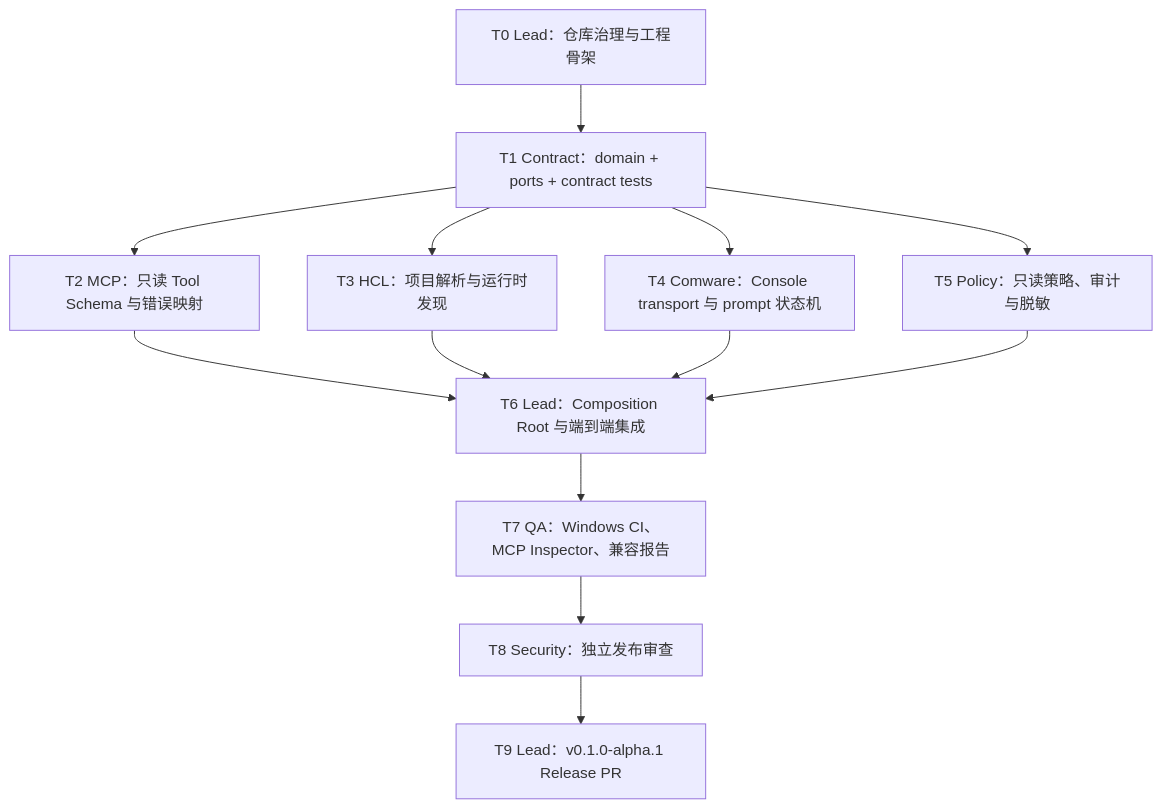
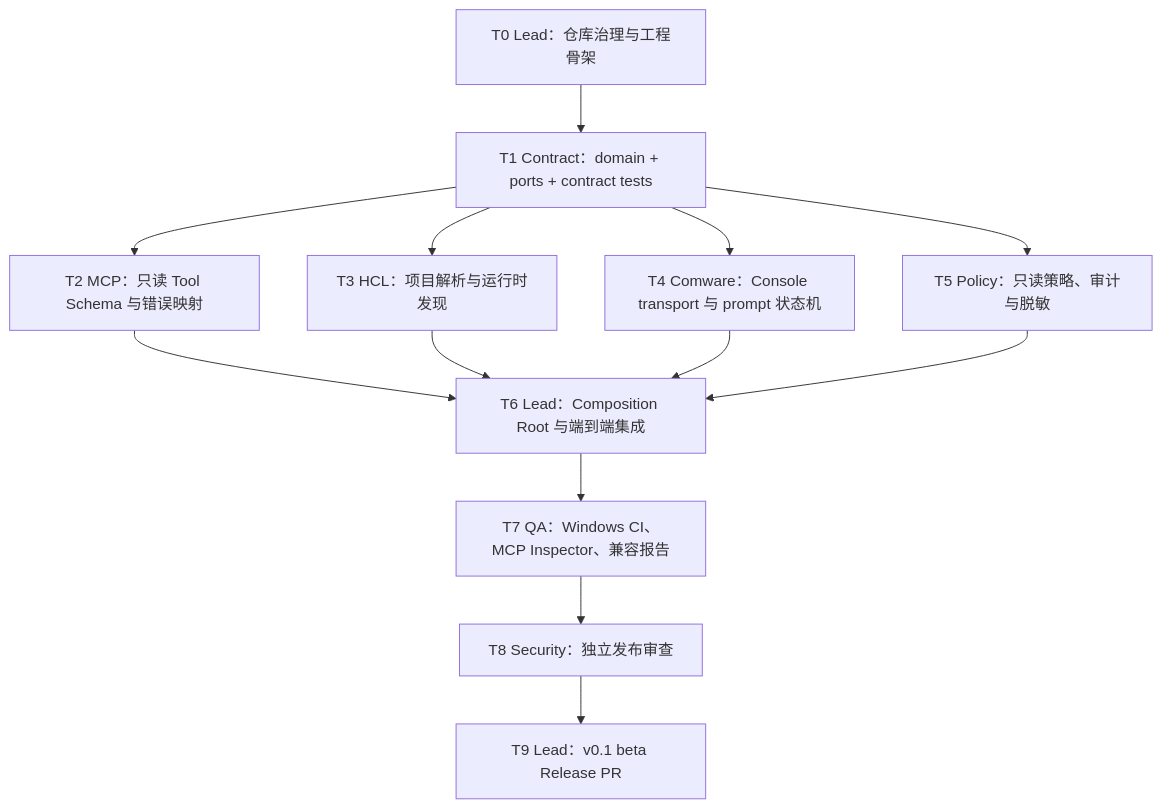
Before and after one commit to FlySun1116/HCL-Lab_mcp: the third of 3 diagrams in docs/design.md, drawn with Mermaid. The commit also changed other lines of this file and 51 other files, not shown here.

````diff
--- a/docs/design.md
+++ b/docs/design.md
@@ -898,15 +903,15 @@
 ```mermaid
 flowchart TD
     T0["T0 Lead：仓库治理与工程骨架"] --> T1["T1 Contract：domain + ports + contract tests"]
     T1 --> T2["T2 MCP：只读 Tool Schema 与错误映射"]
     T1 --> T3["T3 HCL：项目解析与运行时发现"]
     T1 --> T4["T4 Comware：Console transport 与 prompt 状态机"]
     T1 --> T5["T5 Policy：只读策略、审计与脱敏"]
     T2 --> T6["T6 Lead：Composition Root 与端到端集成"]
     T3 --> T6
     T4 --> T6
     T5 --> T6
     T6 --> T7["T7 QA：Windows CI、MCP Inspector、兼容报告"]
     T7 --> T8["T8 Security：独立发布审查"]
-    T8 --> T9["T9 Lead：v0.1.0-alpha.1 Release PR"]
+    T8 --> T9["T9 Lead：v0.1 beta Release PR"]
 ```
````
